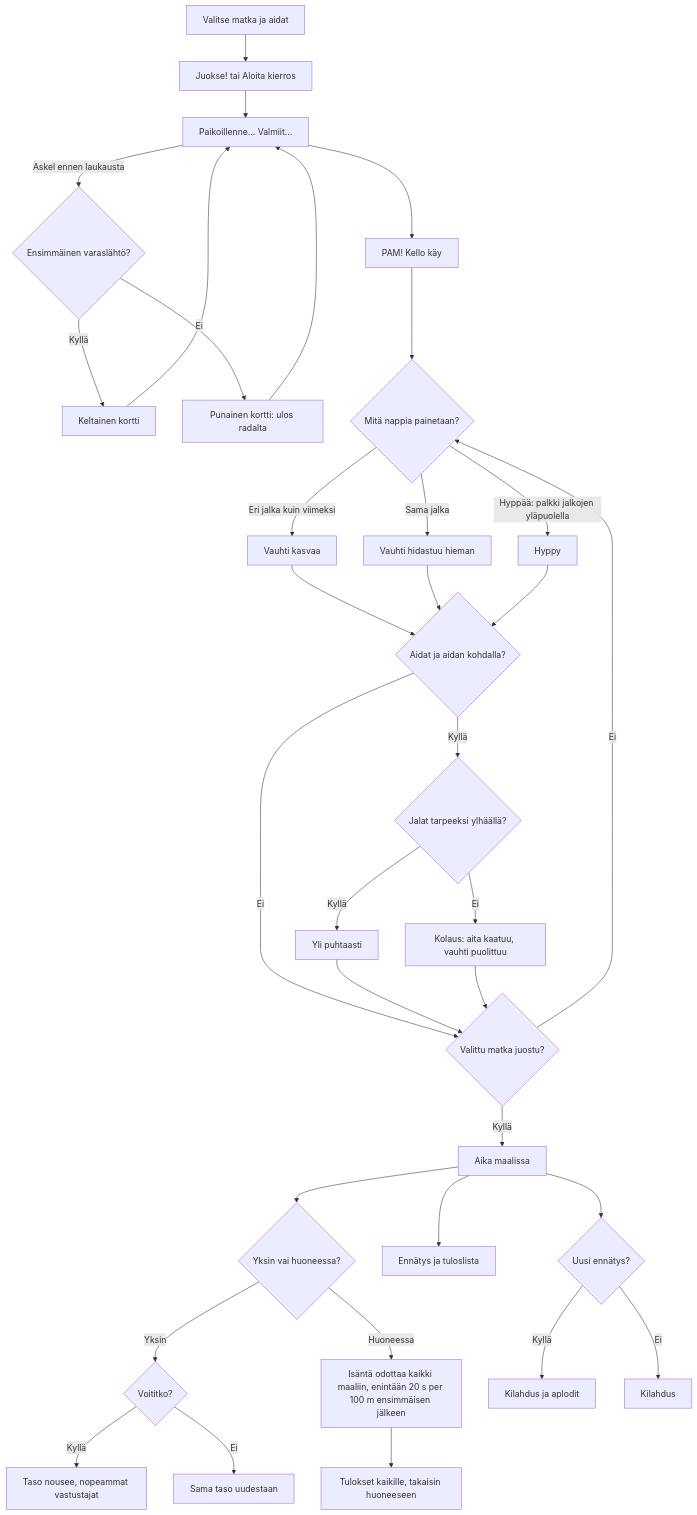
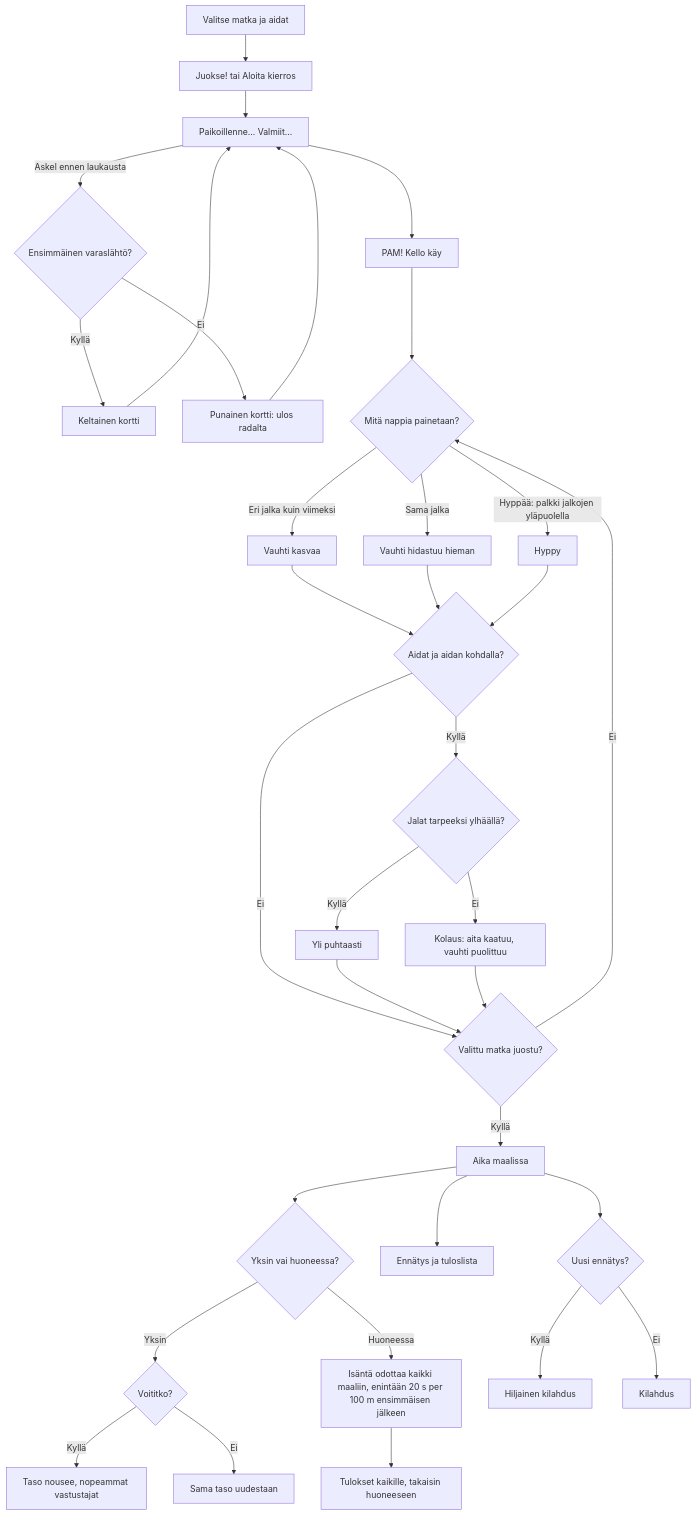
The diagram in docs/diagrams/aitajuoksu.md (eerovil/ai-pelit), drawn with Mermaid before and after one commit. The commit also changed other lines of this file and 254 other files, not shown here.

````diff
--- a/docs/diagrams/aitajuoksu.md
+++ b/docs/diagrams/aitajuoksu.md
@@ -25,42 +27,42 @@
 ```mermaid
 flowchart TD
   V[Valitse matka ja aidat] --> A[Juokse! tai Aloita kierros]
   A --> B[Paikoillenne… Valmiit…]
   B --> C[PAM! Kello käy]
   B -- Askel ennen laukausta --> FS{Ensimmäinen varaslähtö?}
   FS -- Kyllä --> YC[Keltainen kortti]
   FS -- Ei --> RC[Punainen kortti: ulos radalta]
   YC --> B
   RC --> B
   C --> D{Mitä nappia painetaan?}
   D -- Eri jalka kuin viimeksi --> E[Vauhti kasvaa]
   D -- Sama jalka --> F[Vauhti hidastuu hieman]
   D -- Hyppää: palkki jalkojen yläpuolella --> G[Hyppy]
   E --> HA{Aidat ja aidan kohdalla?}
   F --> HA
   G --> HA
   HA -- Ei --> K{Valittu matka juostu?}
   HA -- Kyllä --> H{Jalat tarpeeksi ylhäällä?}
   H -- Kyllä --> I[Yli puhtaasti]
   H -- Ei --> J[Kolaus: aita kaatuu, vauhti puolittuu]
   I --> K
   J --> K
   K -- Ei --> D
   K -- Kyllä --> L[Aika maalissa]
   L --> M{Yksin vai huoneessa?}
   M -- Yksin --> N{Voititko?}
   N -- Kyllä --> O[Taso nousee, nopeammat vastustajat]
   N -- Ei --> P[Sama taso uudestaan]
   M -- Huoneessa --> Q[Isäntä odottaa kaikki maaliin, enintään 20 s per 100 m ensimmäisen jälkeen]
   Q --> R[Tulokset kaikille, takaisin huoneeseen]
   L --> S[Ennätys ja tuloslista]
   L --> SO{Uusi ennätys?}
-  SO -- Kyllä --> AP[Kilahdus ja aplodit]
+  SO -- Kyllä --> AP[Hiljainen kilahdus]
   SO -- Ei --> KL[Kilahdus]
   class V,A,B,C,D blue
   class HA,H,K,M,N,FS,YC,SO amber
   class E,F,G,I teal
   class Q,R violet
   class L,O,S,AP,KL green
   class J,P,RC rose
 ```
````
